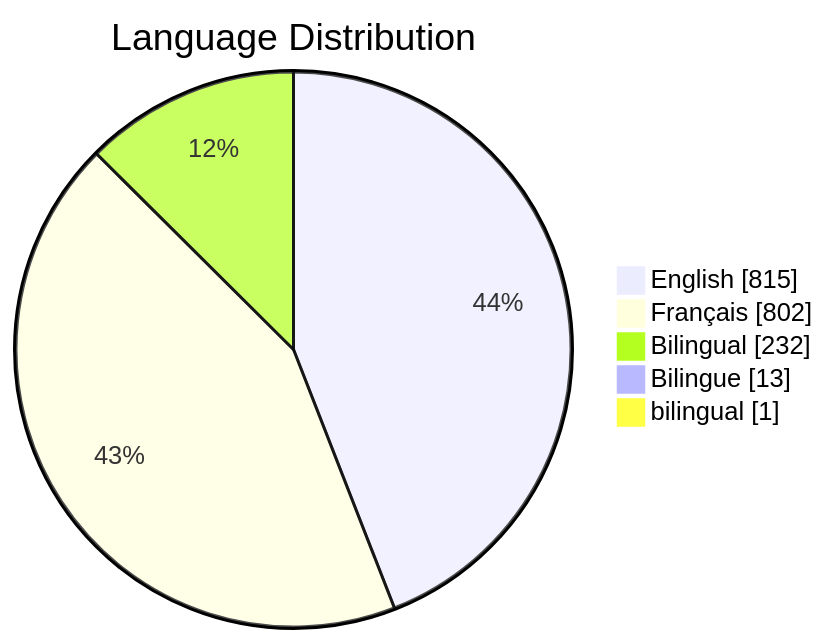
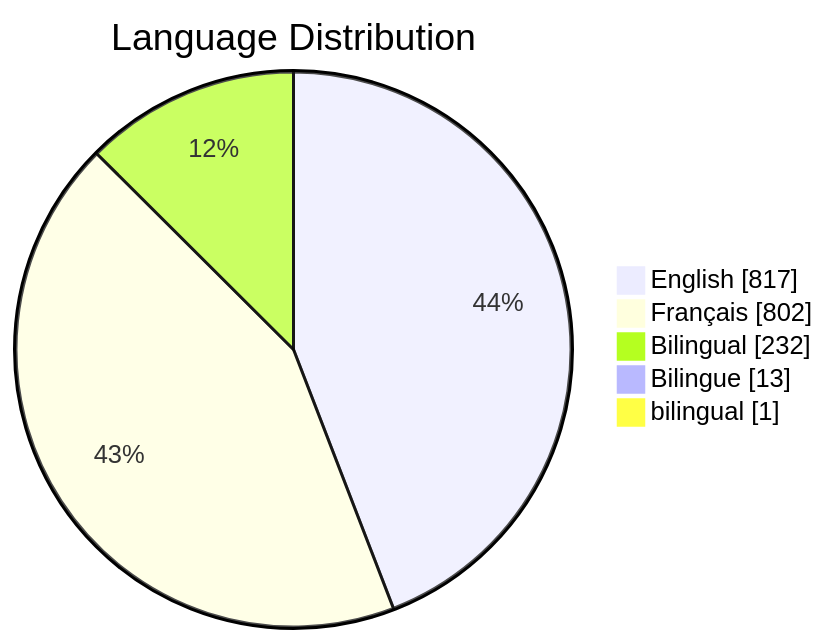
One commit to PatLittle/GC-Socials changed the third of 6 diagrams in README.md. Above: the diagram before and after it, drawn with Mermaid. The commit also changed other lines of this file, not shown here.

Commit message:
Update README with Platform Distribution pie chart

````diff
--- a/README.md
+++ b/README.md
@@ -81,8 +83,8 @@
 ```mermaid
 pie showData title Language Distribution
-    "English": 815
+    "English": 817
     "Français": 802
     "Bilingual": 232
     "Bilingue": 13
     "bilingual": 1
 ```
````
